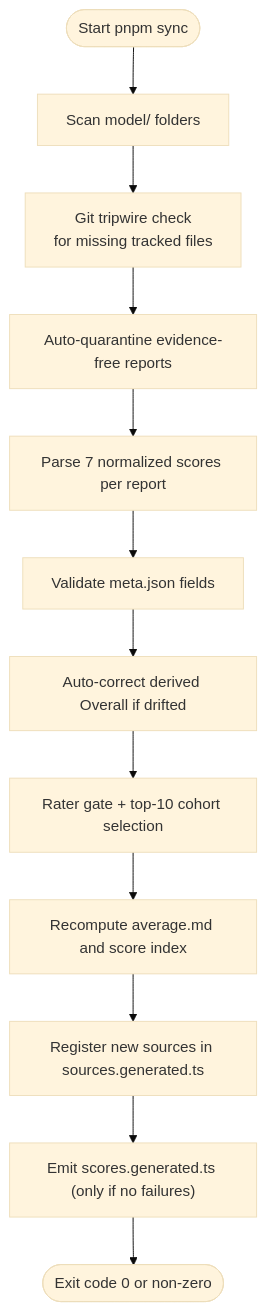
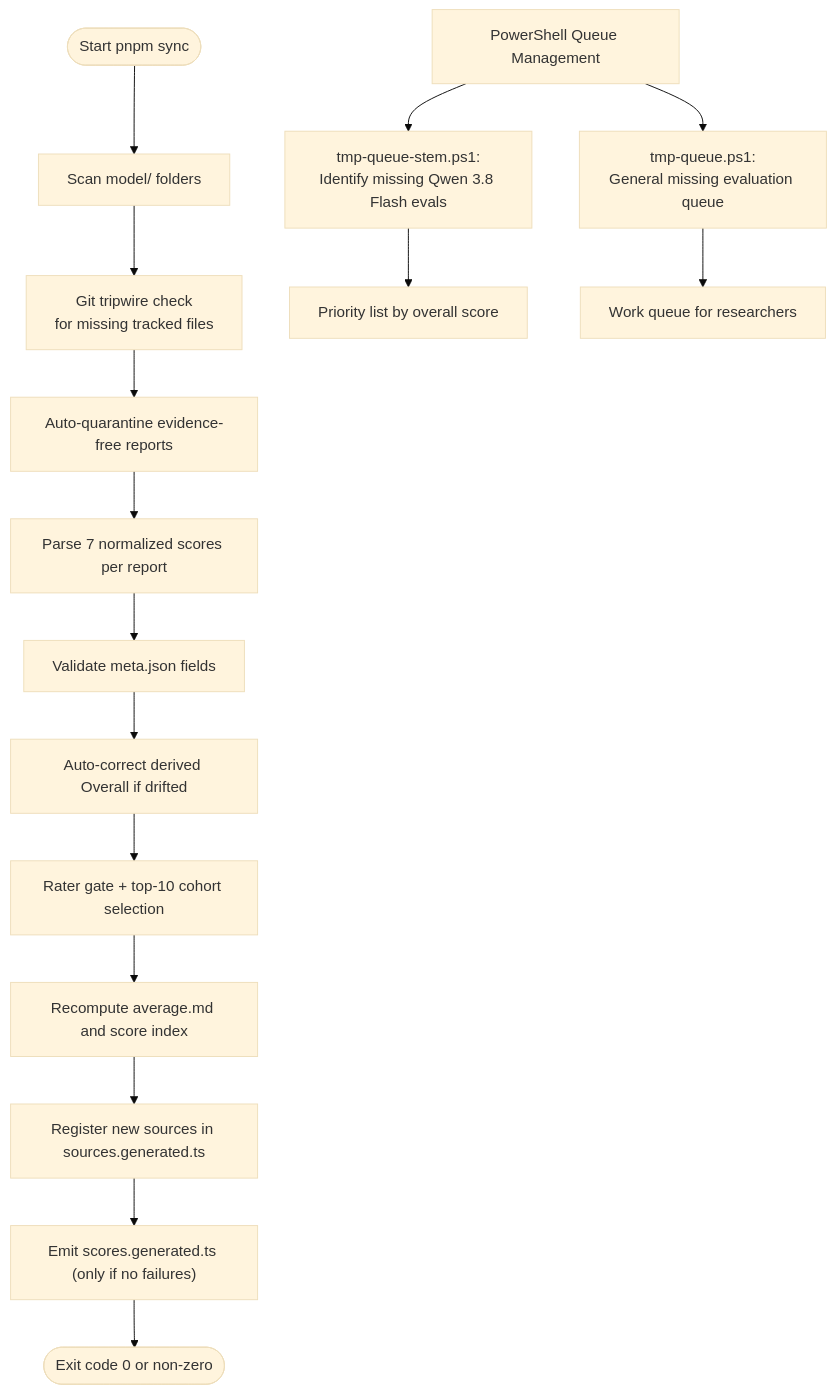
The second of 10 diagrams in .qoder/repowiki/en/content/Build & Development Pipeline/Build & Development Pipeline.md (delirium-dj/modelcomp), drawn with Mermaid (base theme) before and after one commit. The commit also changed other lines of this file and 188 other files, not shown here.

First line of the commit message:
Add findings for new models: Kimi K2.8 Preview, Muse Spark 1.1, Ox Alpha (GLM-5.3-Flash), Qwen3.6 Plus, and Qwen 3.7

````diff
--- a/.qoder/repowiki/en/content/Build & Development Pipeline/Build & Development Pipeline.md
+++ b/.qoder/repowiki/en/content/Build & Development Pipeline/Build & Development Pipeline.md
@@ -123,14 +149,18 @@
 ```mermaid
 flowchart TD
 Start(["Start pnpm sync"]) --> Scan["Scan model/<slug> folders"]
 Scan --> Tripwire["Git tripwire check<br/>for missing tracked files"]
 Tripwire --> Quarantine["Auto-quarantine evidence-free reports"]
 Quarantine --> Parse["Parse 7 normalized scores per report"]
 Parse --> ValidateMeta["Validate meta.json fields"]
 ValidateMeta --> CorrectOverall["Auto-correct derived Overall if drifted"]
 CorrectOverall --> Gate["Rater gate + top-10 cohort selection"]
 Gate --> Average["Recompute average.md and score index"]
 Average --> Register["Register new sources in sources.generated.ts"]
 Register --> Emit["Emit scores.generated.ts (only if no failures)"]
 Emit --> Exit(["Exit code 0 or non-zero"])
+PS_Automation["PowerShell Queue Management"] --> StemCheck["tmp-queue-stem.ps1:<br/>Identify missing Qwen 3.8 Flash evals"]
+PS_Automation --> GeneralQueue["tmp-queue.ps1:<br/>General missing evaluation queue"]
+StemCheck --> PriorityList["Priority list by overall score"]
+GeneralQueue --> WorkQueue["Work queue for researchers"]
 ```
````
